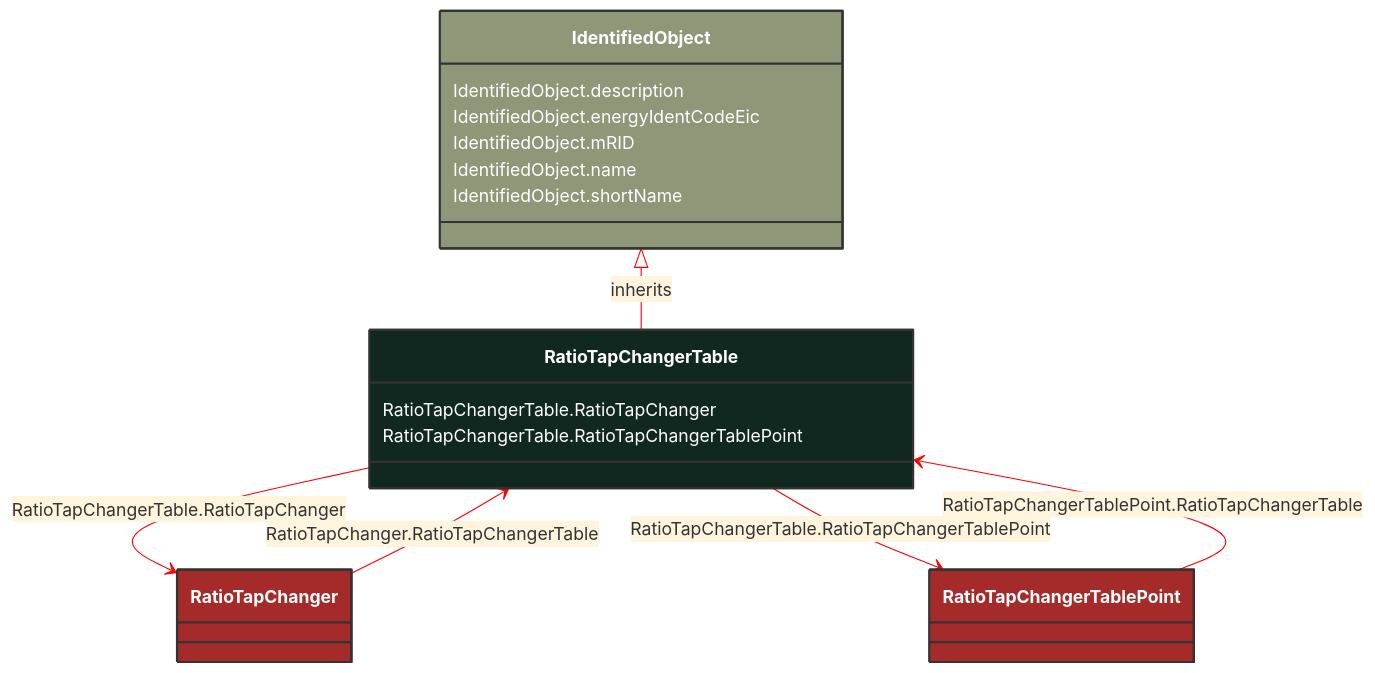
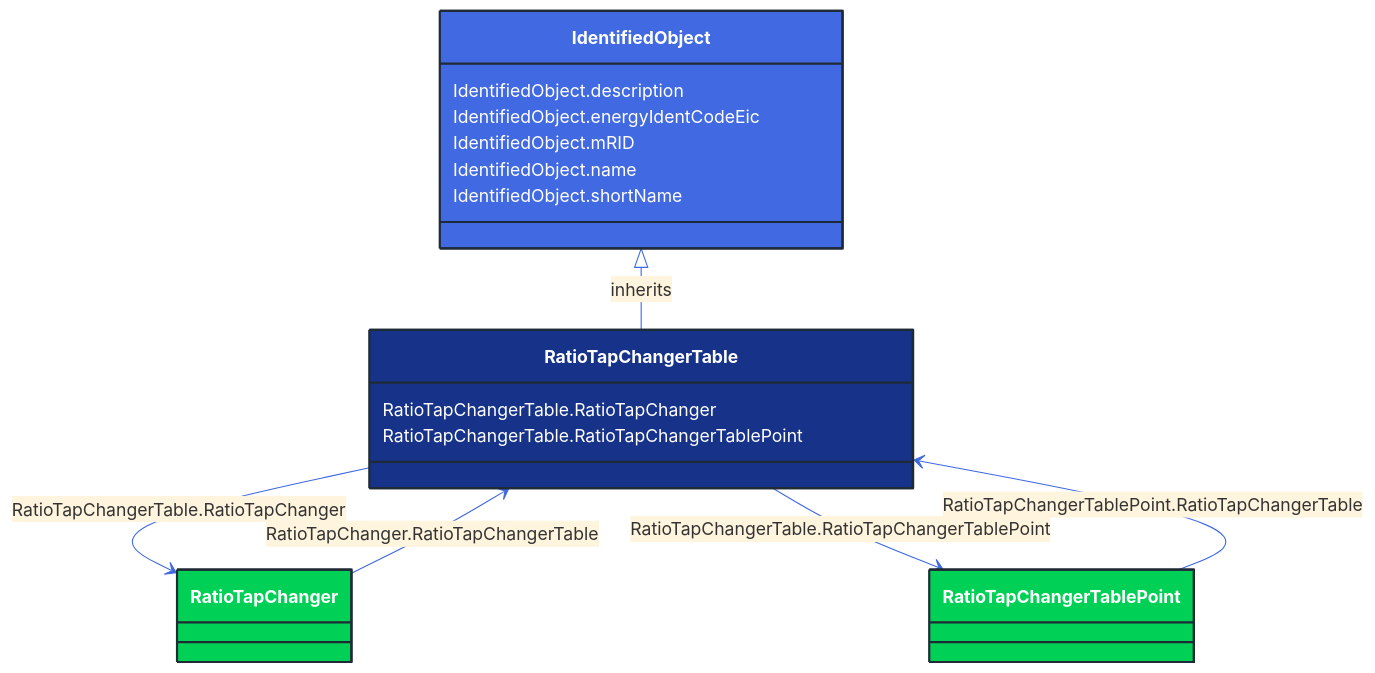
Before and after one commit to 3lbits/NoCIMExtensions: the diagram in docs/Models/Profiles/CoreEquipment/ConcreteClasses/RatioTapChangerTable.md, drawn with Mermaid. The commit also changed 362 other files, not shown here.

First line of the commit message:
Update diagrams and styles for improved visual consistency

````diff
--- a/docs/Models/Profiles/CoreEquipment/ConcreteClasses/RatioTapChangerTable.md
+++ b/docs/Models/Profiles/CoreEquipment/ConcreteClasses/RatioTapChangerTable.md
@@ -8,43 +8,43 @@
 ```mermaid
-%%{init: {'theme':'base','themeVariables': {'lineColor': '#FF0000'}}}%%
+%%{init: {'theme':'base','themeVariables': {'lineColor': '#4169E1'}}}%%
 classDiagram
     class RatioTapChangerTable
     click RatioTapChangerTable href "/Models/Profiles/CoreEquipment/ConcreteClasses/RatioTapChangerTable/"
-    style RatioTapChangerTable fill:#102820,stroke:#333,stroke-width:2px,rx:10,ry:10,color:white
+    style RatioTapChangerTable fill:#163289,stroke:#1F2A37,stroke-width:2px,rx:10,ry:10,color:white
      
         IdentifiedObject <|-- RatioTapChangerTable : inherits
             click IdentifiedObject href "/Models/Profiles/CoreEquipment/AbstractClasses/IdentifiedObject/"
-            style IdentifiedObject fill:#8F9779,stroke:#333,stroke-width:2px,rx:10,ry:10,color:white
+            style IdentifiedObject fill:#4169E1,stroke:#1F2A37,stroke-width:2px,rx:10,ry:10,color:white
 
         RatioTapChangerTable --> RatioTapChanger : RatioTapChangerTable.RatioTapChanger
 
         RatioTapChanger
             click RatioTapChanger href "/Models/Profiles/CoreEquipment/ConcreteClasses/RatioTapChanger/"
-            style RatioTapChanger fill:#A52A2A,stroke:#333,stroke-width:2px,rx:10,ry:10,color:white
+            style RatioTapChanger fill:#00D156,stroke:#1F2A37,stroke-width:2px,rx:10,ry:10,color:white
         RatioTapChangerTable --> RatioTapChangerTablePoint : RatioTapChangerTable.RatioTapChangerTablePoint
 
         RatioTapChangerTablePoint
             click RatioTapChangerTablePoint href "/Models/Profiles/CoreEquipment/ConcreteClasses/RatioTapChangerTablePoint/"
-            style RatioTapChangerTablePoint fill:#A52A2A,stroke:#333,stroke-width:2px,rx:10,ry:10,color:white
+            style RatioTapChangerTablePoint fill:#00D156,stroke:#1F2A37,stroke-width:2px,rx:10,ry:10,color:white
 
         RatioTapChanger --> RatioTapChangerTable : RatioTapChanger.RatioTapChangerTable
 
         RatioTapChanger
             click RatioTapChanger href "/Models/Profiles/CoreEquipment/ConcreteClasses/RatioTapChanger/"
-            style RatioTapChanger fill:#A52A2A,stroke:#333,stroke-width:2px,rx:10,ry:10,color:white
+            style RatioTapChanger fill:#00D156,stroke:#1F2A37,stroke-width:2px,rx:10,ry:10,color:white
 
         RatioTapChangerTablePoint --> RatioTapChangerTable : RatioTapChangerTablePoint.RatioTapChangerTable
 
         RatioTapChangerTablePoint
             click RatioTapChangerTablePoint href "/Models/Profiles/CoreEquipment/ConcreteClasses/RatioTapChangerTablePoint/"
-            style RatioTapChangerTablePoint fill:#A52A2A,stroke:#333,stroke-width:2px,rx:10,ry:10,color:white
+            style RatioTapChangerTablePoint fill:#00D156,stroke:#1F2A37,stroke-width:2px,rx:10,ry:10,color:white
 
 
         RatioTapChangerTable : RatioTapChangerTable.RatioTapChanger
         RatioTapChangerTable : RatioTapChangerTable.RatioTapChangerTablePoint
         IdentifiedObject : IdentifiedObject.description
         IdentifiedObject : IdentifiedObject.energyIdentCodeEic
         IdentifiedObject : IdentifiedObject.mRID
         IdentifiedObject : IdentifiedObject.name
         IdentifiedObject : IdentifiedObject.shortName
 ```
````
